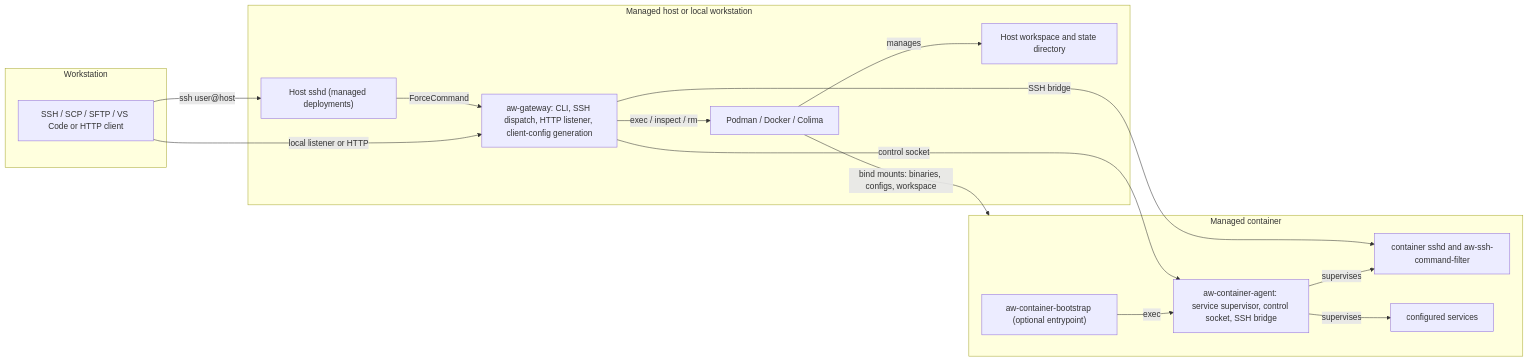
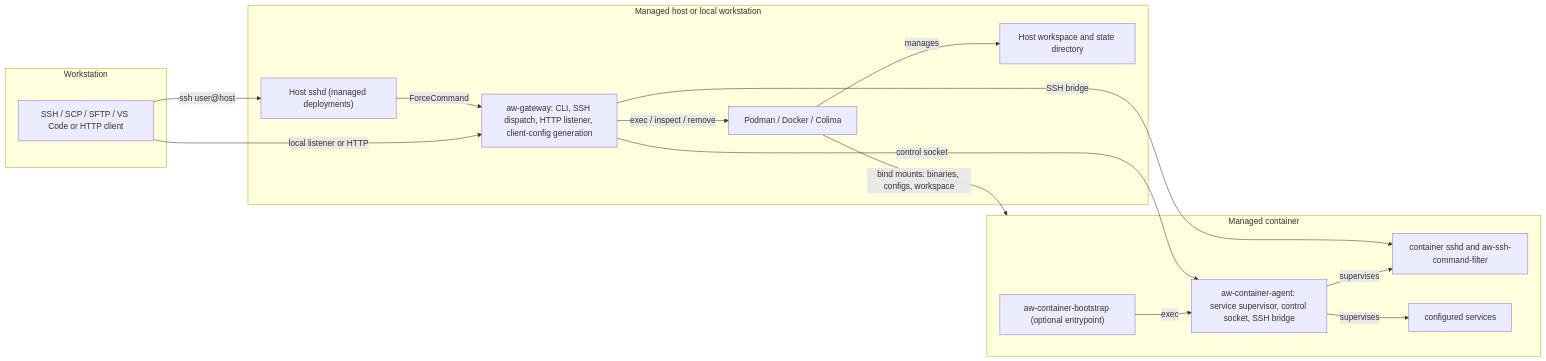
Before and after one commit to kcosr/aw-gateway: the first of 8 diagrams in README.md, drawn with Mermaid. The commit also changed other lines of this file and 1 other file, not shown here.

````diff
--- a/README.md
+++ b/README.md
@@ -143,35 +143,35 @@
 ```mermaid
 flowchart LR
     subgraph workstation["Workstation"]
         client["SSH / SCP / SFTP / VS Code or HTTP client"]
     end
 
     subgraph host["Managed host or local workstation"]
         hostssh["Host sshd (managed deployments)"]
         gw["aw-gateway: CLI, SSH dispatch, HTTP listener, client-config generation"]
         runtime["Podman / Docker / Colima"]
         wsdir["Host workspace and state directory"]
     end
 
     subgraph container["Managed container"]
         boot["aw-container-bootstrap (optional entrypoint)"]
         agent["aw-container-agent: service supervisor, control socket, SSH bridge"]
         sshd["container sshd and aw-ssh-command-filter"]
         svc["configured services"]
     end
 
     client -- "ssh user@host" --> hostssh
     hostssh -- "ForceCommand" --> gw
     client -- "local listener or HTTP" --> gw
 
-    gw -- "exec / inspect / rm" --> runtime
+    gw -- "exec / inspect / remove" --> runtime
     runtime -- "bind mounts: binaries, configs, workspace" --> container
     runtime -- "manages" --> wsdir
 
     gw -- "control socket" --> agent
     gw -- "SSH bridge" --> sshd
 
     boot -- "exec" --> agent
     agent -- "supervises" --> sshd
     agent -- "supervises" --> svc
 ```
````
